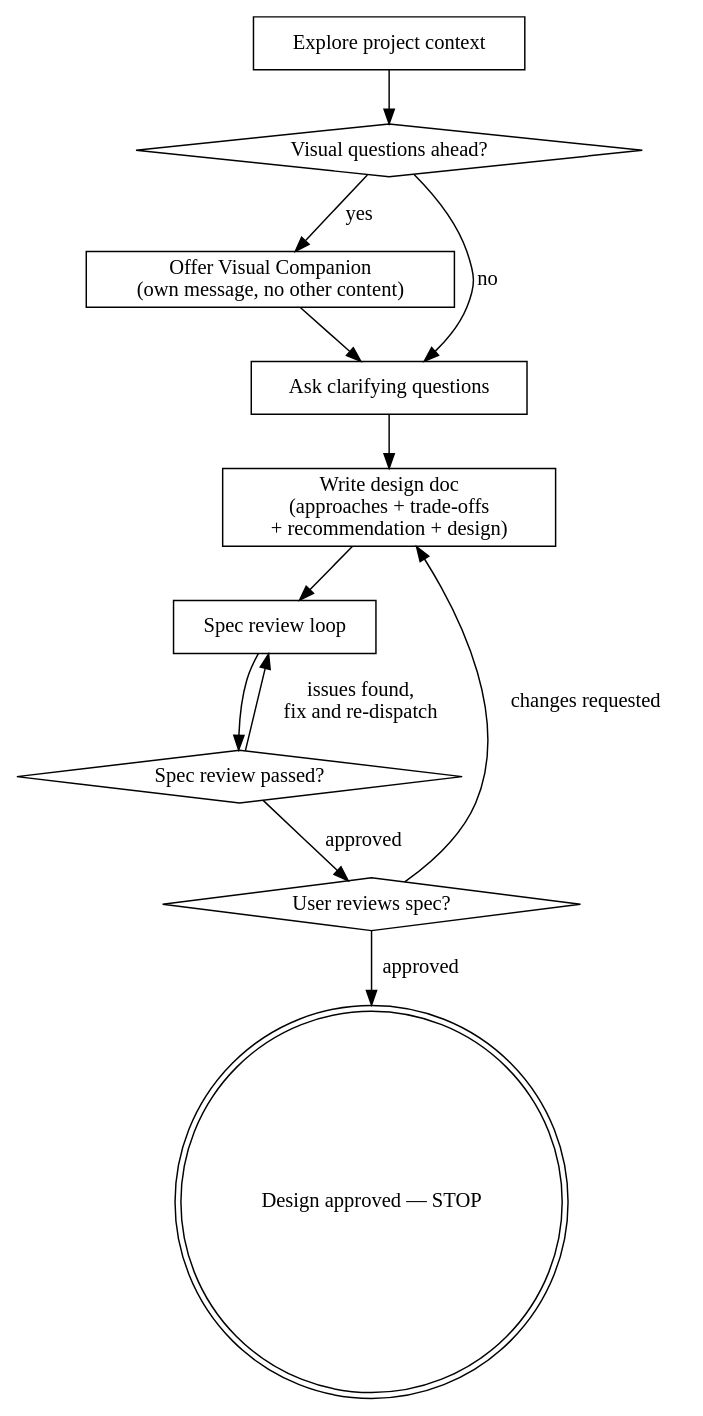
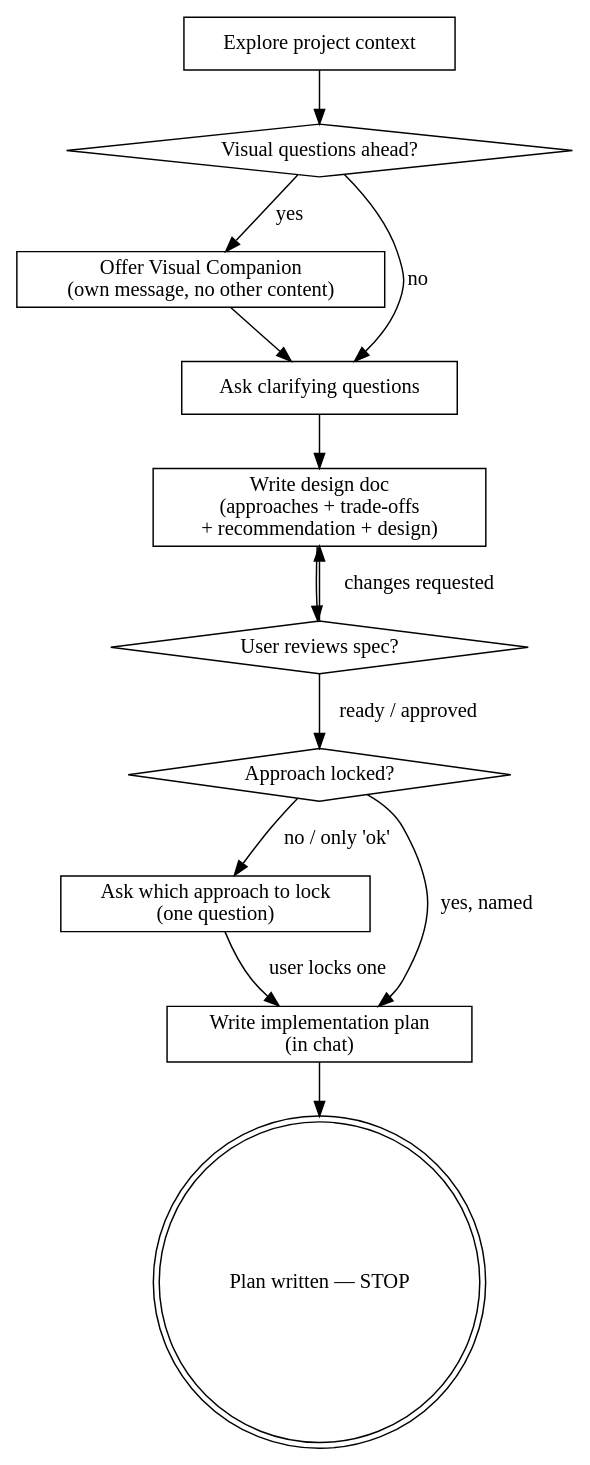
The diagram in skills/brainstorming/SKILL.md (DuySeu/skillkit), drawn with Graphviz before and after one commit. The commit also changed other lines of this file and 47 other files, not shown here.

````diff
--- a/skills/brainstorming/SKILL.md
+++ b/skills/brainstorming/SKILL.md
@@ -33,25 +33,27 @@
 ```dot
 digraph brainstorming {
     "Explore project context" [shape=box];
     "Visual questions ahead?" [shape=diamond];
     "Offer Visual Companion\n(own message, no other content)" [shape=box];
     "Ask clarifying questions" [shape=box];
     "Write design doc\n(approaches + trade-offs\n+ recommendation + design)" [shape=box];
-    "Spec review loop" [shape=box];
-    "Spec review passed?" [shape=diamond];
     "User reviews spec?" [shape=diamond];
-    "Design approved — STOP" [shape=doublecircle];
+    "Approach locked?" [shape=diamond];
+    "Ask which approach to lock\n(one question)" [shape=box];
+    "Write implementation plan\n(in chat)" [shape=box];
+    "Plan written — STOP" [shape=doublecircle];
 
     "Explore project context" -> "Visual questions ahead?";
     "Visual questions ahead?" -> "Offer Visual Companion\n(own message, no other content)" [label="yes"];
     "Visual questions ahead?" -> "Ask clarifying questions" [label="no"];
     "Offer Visual Companion\n(own message, no other content)" -> "Ask clarifying questions";
     "Ask clarifying questions" -> "Write design doc\n(approaches + trade-offs\n+ recommendation + design)";
-    "Write design doc\n(approaches + trade-offs\n+ recommendation + design)" -> "Spec review loop";
-    "Spec review loop" -> "Spec review passed?";
-    "Spec review passed?" -> "Spec review loop" [label="issues found,\nfix and re-dispatch"];
-    "Spec review passed?" -> "User reviews spec?" [label="approved"];
+    "Write design doc\n(approaches + trade-offs\n+ recommendation + design)" -> "User reviews spec?";
     "User reviews spec?" -> "Write design doc\n(approaches + trade-offs\n+ recommendation + design)" [label="changes requested"];
-    "User reviews spec?" -> "Design approved — STOP" [label="approved"];
+    "User reviews spec?" -> "Approach locked?" [label="ready / approved"];
+    "Approach locked?" -> "Write implementation plan\n(in chat)" [label="yes, named"];
+    "Approach locked?" -> "Ask which approach to lock\n(one question)" [label="no / only 'ok'"];
+    "Ask which approach to lock\n(one question)" -> "Write implementation plan\n(in chat)" [label="user locks one"];
+    "Write implementation plan\n(in chat)" -> "Plan written — STOP";
 }
 ```
````
